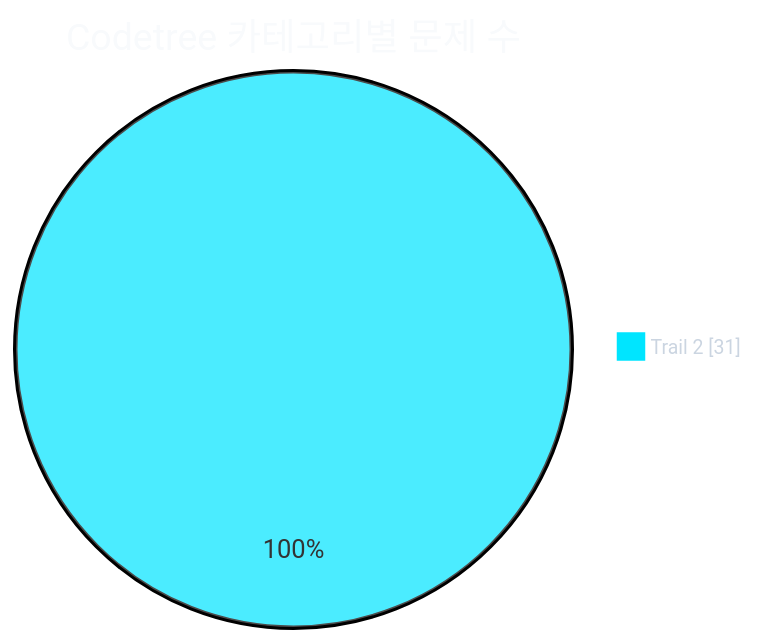
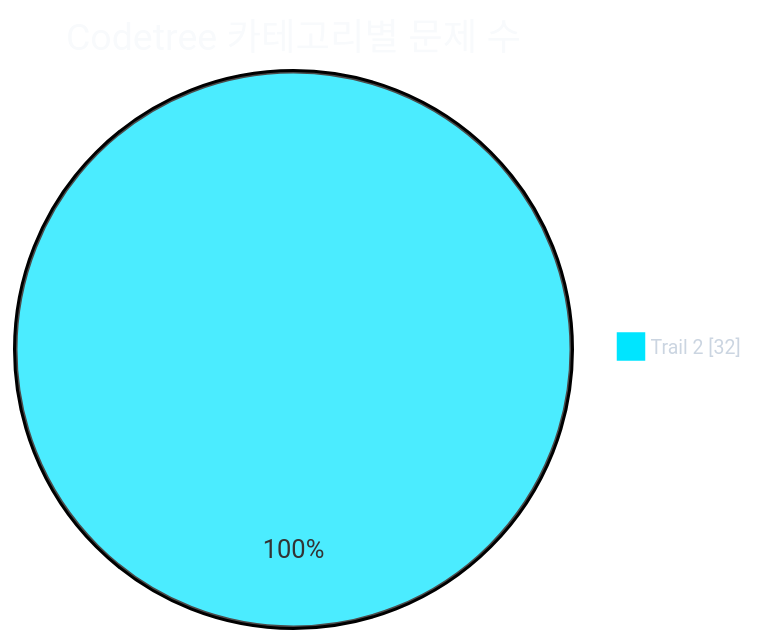
One commit to CHOOSLA/Algorithm changed the first of 2 diagrams in readme.md. Above: the diagram before and after it, drawn with Mermaid. The commit also changed other lines of this file and 2 other files, not shown here.

````diff
--- a/readme.md
+++ b/readme.md
@@ -31,21 +31,21 @@
 ```mermaid
 ---
 config:
   theme: base
   themeVariables:
     background: '#0d1117'
     pieTitleTextColor: '#f8fafc'
     pieLegendTextColor: '#cbd5e1'
     pieLegendTextSize: '13px'
     pie1: '#00e5ff'
     pie2: '#22c55e'
     pie3: '#f59e0b'
     pie4: '#a855f7'
     pie5: '#ec4899'
     pie6: '#3b82f6'
     pie7: '#64748b'
 ---
 pie showData
   title Codetree 카테고리별 문제 수
-  "Trail 2" : 31
+  "Trail 2" : 32
 ```
````
